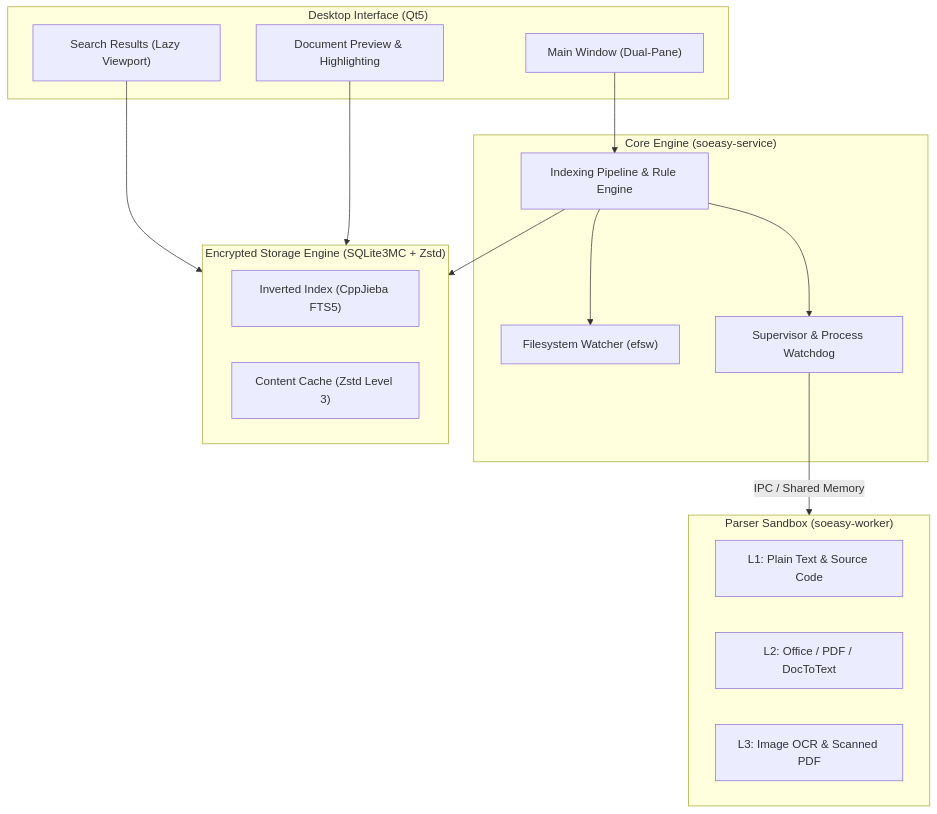
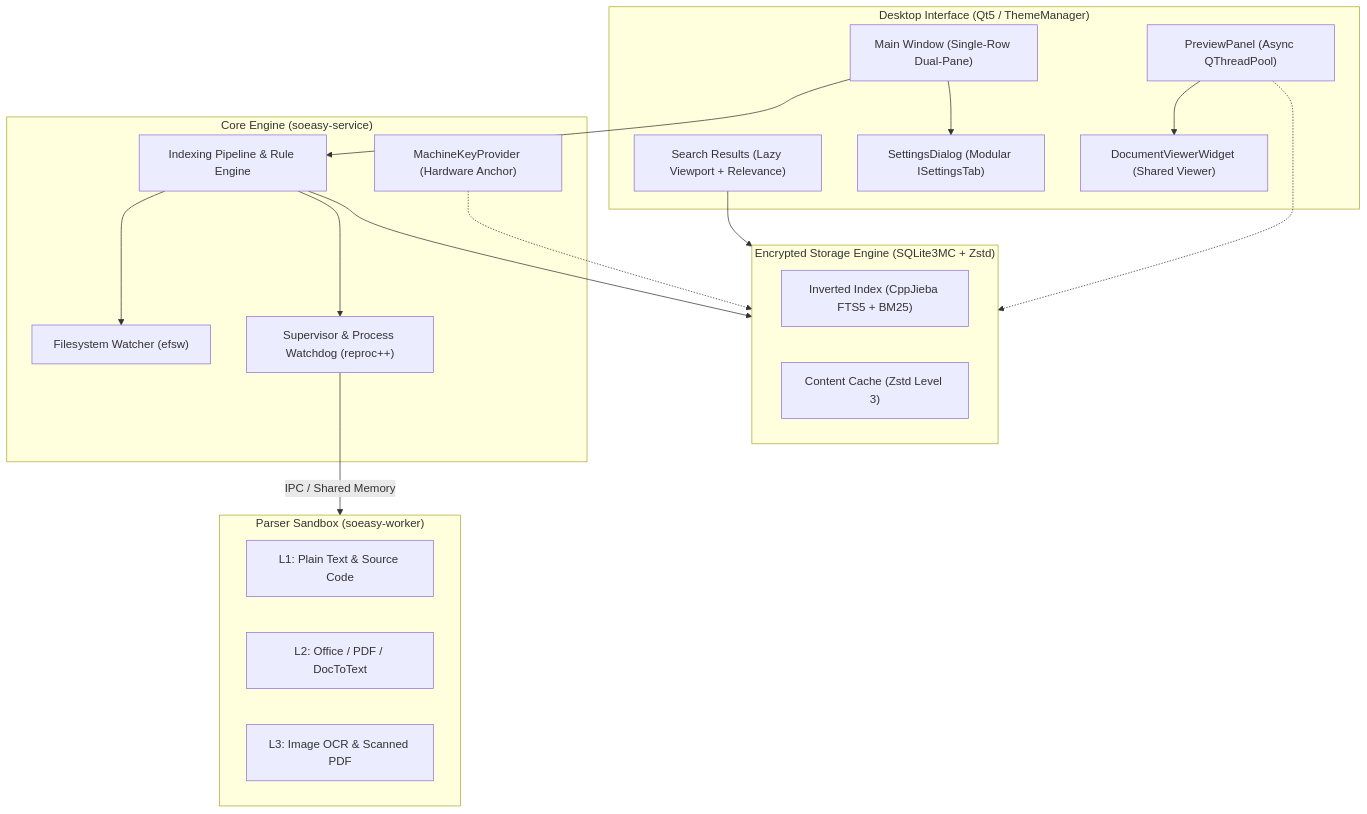
The diagram in README.md (lilucpp/soeasy), drawn with Mermaid before and after one commit. The commit also changed other lines of this file and 6 other files, not shown here.

First line of the commit message:
docs: update README with v0.3.0 architecture, replace official app icon in landing page, and refine hero subtitle

````diff
--- a/README.md
+++ b/README.md
@@ -43,33 +50,39 @@
 ```mermaid
 flowchart TD
-    subgraph UI ["Desktop Interface (Qt5)"]
-        MainWindow["Main Window (Dual-Pane)"]
-        ResultView["Search Results (Lazy Viewport)"]
-        PreviewPanel["Document Preview & Highlighting"]
+    subgraph UI ["Desktop Interface (Qt5 / ThemeManager)"]
+        MainWindow["Main Window (Single-Row Dual-Pane)"]
+        ResultView["Search Results (Lazy Viewport + Relevance)"]
+        PreviewPanel["PreviewPanel (Async QThreadPool)"]
+        DocViewer["DocumentViewerWidget (Shared Viewer)"]
+        SettingsDialog["SettingsDialog (Modular ISettingsTab)"]
     end
 
     subgraph Core ["Core Engine (soeasy-service)"]
         IndexPipeline["Indexing Pipeline & Rule Engine"]
         WatchEngine["Filesystem Watcher (efsw)"]
-        WorkerGuard["Supervisor & Process Watchdog"]
+        WorkerGuard["Supervisor & Process Watchdog (reproc++)"]
+        MachineKey["MachineKeyProvider (Hardware Anchor)"]
     end
 
     subgraph Sandbox ["Parser Sandbox (soeasy-worker)"]
         L1["L1: Plain Text & Source Code"]
         L2["L2: Office / PDF / DocToText"]
         L3["L3: Image OCR & Scanned PDF"]
     end
 
     subgraph Storage ["Encrypted Storage Engine (SQLite3MC + Zstd)"]
-        FTS5["Inverted Index (CppJieba FTS5)"]
+        FTS5["Inverted Index (CppJieba FTS5 + BM25)"]
         CompressedCache["Content Cache (Zstd Level 3)"]
     end
 
     MainWindow --> IndexPipeline
+    MainWindow --> SettingsDialog
+    PreviewPanel --> DocViewer
     IndexPipeline --> WatchEngine
     IndexPipeline --> WorkerGuard
     WorkerGuard -- IPC / Shared Memory --> Sandbox
+    MachineKey -.-> Storage
     IndexPipeline --> Storage
     ResultView --> Storage
-    PreviewPanel --> Storage
+    PreviewPanel -.-> Storage
 ```
````
